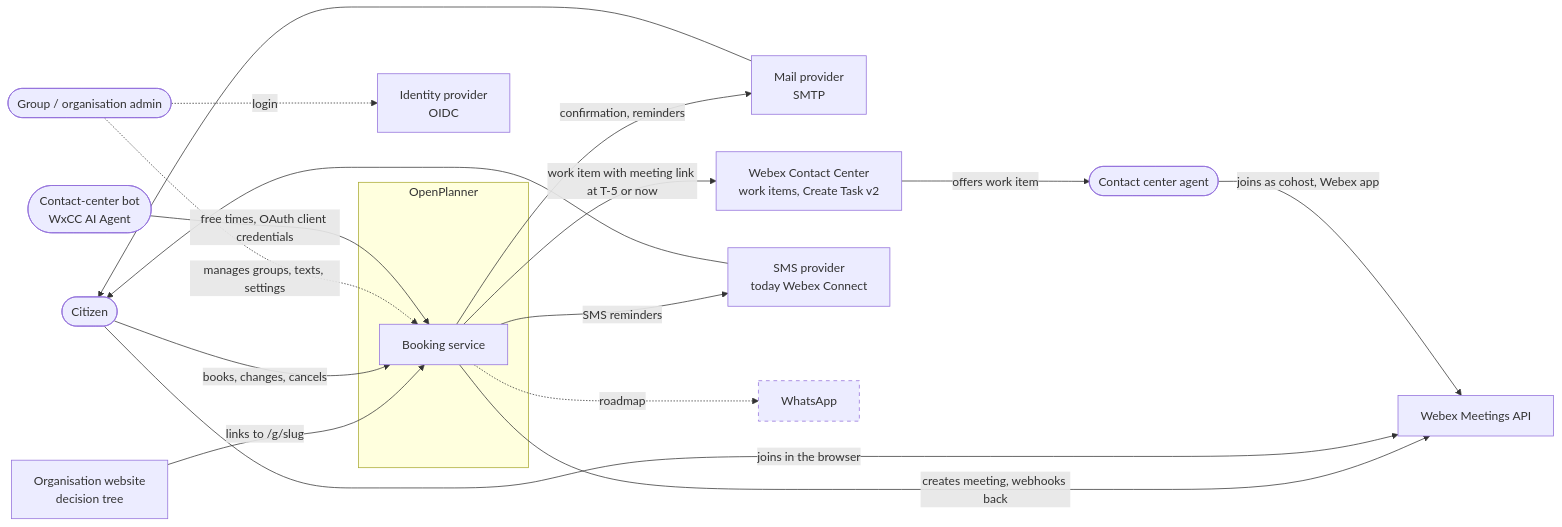
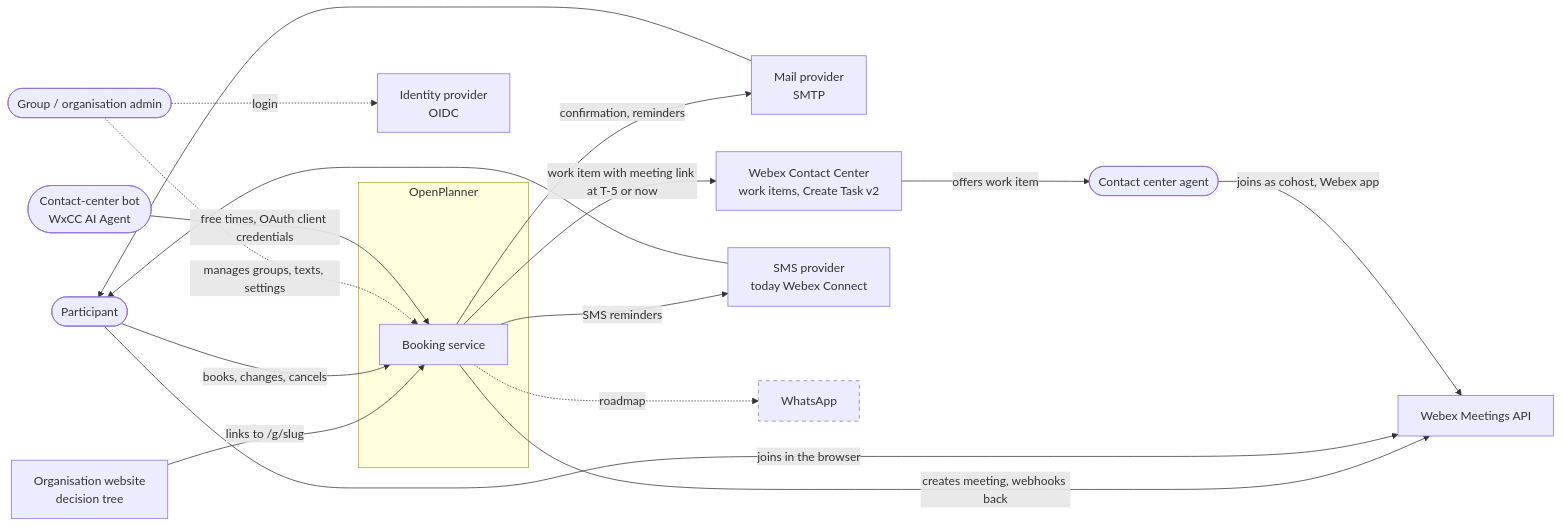
The first of 14 diagrams in docs/architecture.md (3Corners-Labs/OpenPlanner), drawn with Mermaid before and after one commit. The commit also changed other lines of this file and 12 other files, not shown here.

````diff
--- a/docs/architecture.md
+++ b/docs/architecture.md
@@ -37,36 +48,36 @@
 ```mermaid
 flowchart LR
-    citizen([Citizen])
+    participant([Participant])
     website[Organisation website<br/>decision tree]
     admin([Group / organisation admin])
     agent([Contact center agent])
     bot([Contact-center bot<br/>WxCC AI Agent])
 
     subgraph op [OpenPlanner]
         service[Booking service]
     end
 
     smtp[Mail provider<br/>SMTP]
     wxcc[Webex Contact Center<br/>work items, Create Task v2]
     video[Webex Meetings API]
     idp[Identity provider<br/>OIDC]
     sms[SMS provider<br/>today Webex Connect]
     whatsapp[WhatsApp]
 
     website -- links to /g/slug --> service
-    citizen -- books, changes, cancels --> service
-    service -- confirmation, reminders --> smtp --> citizen
+    participant -- books, changes, cancels --> service
+    service -- confirmation, reminders --> smtp --> participant
     admin -. manages groups, texts, settings .-> service
     service -- work item with meeting link at T-5 or now --> wxcc
     wxcc -- offers work item --> agent
     service -- creates meeting, webhooks back --> video
-    citizen -- joins in the browser --> video
+    participant -- joins in the browser --> video
     agent -- joins as cohost, Webex app --> video
     admin -. login .-> idp
-    service -- SMS reminders --> sms --> citizen
+    service -- SMS reminders --> sms --> participant
     service -. roadmap .-> whatsapp
     bot -- free times, OAuth client credentials --> service
 
     classDef planned stroke-dasharray: 5 5
     class whatsapp planned
 ```
````
